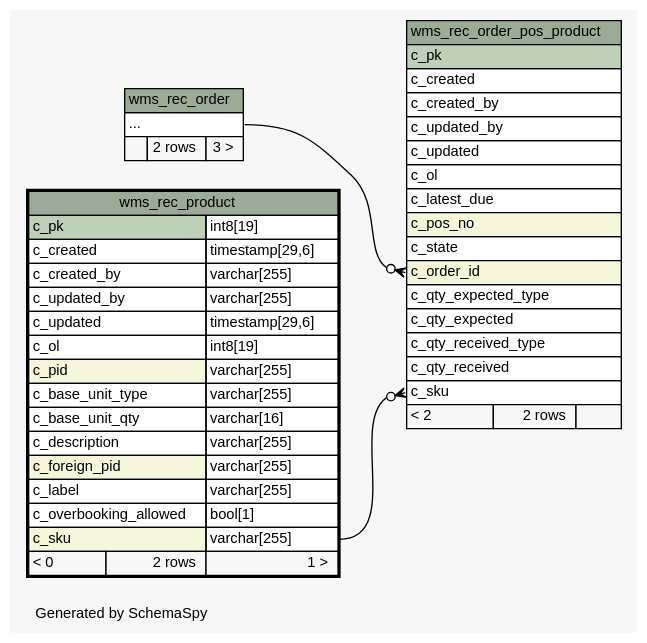
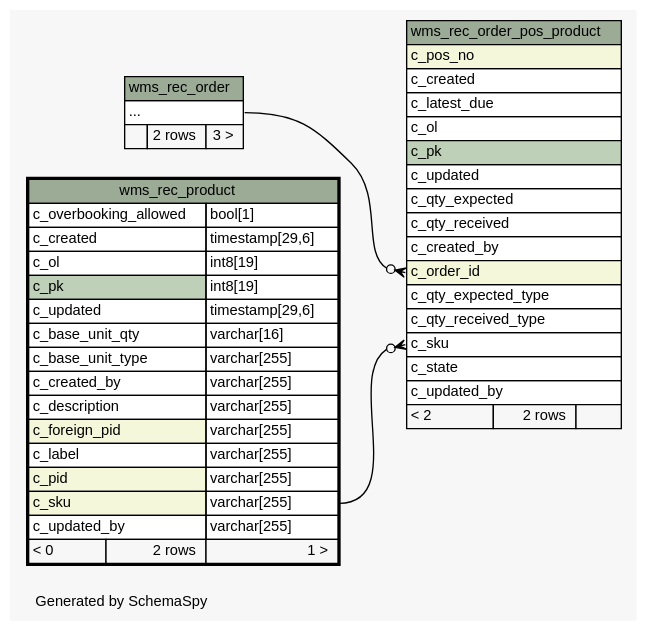
One commit to openwms/org.openwms.wms.receiving.lib changed the diagram in 1.0.0-SNAPSHOT/schemaspy/diagrams/wms_rec_product.2degrees.dot. Above: the diagram before and after it, drawn with Graphviz. The commit also changed 508 other files, not shown here.

```diff
--- a/1.0.0-SNAPSHOT/schemaspy/diagrams/wms_rec_product.2degrees.dot
+++ b/1.0.0-SNAPSHOT/schemaspy/diagrams/wms_rec_product.2degrees.dot
@@ -1,81 +1,81 @@
-// dot 2.43.0 on Linux 6.2.0-1016-azure
+// dot 2.43.0 on Linux 6.5.0-1022-azure
 // SchemaSpy rev Unknown
 digraph "twoDegreesRelationshipsDiagram" {
   graph [
     rankdir="RL"
     bgcolor="#f7f7f7"
     label="\nGenerated by SchemaSpy"
     labeljust="l"
     nodesep="0.18"
     ranksep="0.46"
     fontname="Helvetica"
     fontsize="11"
   ];
   node [
     fontname="Helvetica"
     fontsize="11"
     shape="plaintext"
   ];
   edge [
     arrowsize="0.8"
   ];
   "wms_rec_order_pos_product":"c_order_id":w -> "wms_rec_order":"elipses":e [arrowhead=none dir=back arrowtail=crowodot];
   "wms_rec_order_pos_product":"c_sku":w -> "wms_rec_product":"c_sku.type":e [arrowhead=none dir=back arrowtail=crowodot];
   "wms_rec_order" [
     label=<
     <TABLE BORDER="0" CELLBORDER="1" CELLSPACING="0" BGCOLOR="#ffffff">
       <TR><TD COLSPAN="3" BGCOLOR="#9bab96" ALIGN="CENTER">wms_rec_order</TD></TR>
       <TR><TD PORT="elipses" COLSPAN="3" ALIGN="LEFT">...</TD></TR>
       <TR><TD ALIGN="LEFT" BGCOLOR="#f7f7f7">  </TD><TD ALIGN="RIGHT" BGCOLOR="#f7f7f7">2 rows</TD><TD ALIGN="RIGHT" BGCOLOR="#f7f7f7">3 &gt;</TD></TR>
     </TABLE>>
     URL="wms_rec_order.html"
     tooltip="wms_rec_order"
   ];
   "wms_rec_order_pos_product" [
     label=<
     <TABLE BORDER="0" CELLBORDER="1" CELLSPACING="0" BGCOLOR="#ffffff">
       <TR><TD COLSPAN="3" BGCOLOR="#9bab96" ALIGN="CENTER">wms_rec_order_pos_product</TD></TR>
+      <TR><TD PORT="c_pos_no" COLSPAN="3" BGCOLOR="#f4f7da" ALIGN="LEFT">c_pos_no</TD></TR>
+      <TR><TD PORT="c_created" COLSPAN="3" ALIGN="LEFT">c_created</TD></TR>
+      <TR><TD PORT="c_latest_due" COLSPAN="3" ALIGN="LEFT">c_latest_due</TD></TR>
+      <TR><TD PORT="c_ol" COLSPAN="3" ALIGN="LEFT">c_ol</TD></TR>
       <TR><TD PORT="c_pk" COLSPAN="3" BGCOLOR="#bed1b8" ALIGN="LEFT">c_pk</TD></TR>
-      <TR><TD PORT="c_created" COLSPAN="3" ALIGN="LEFT">c_created</TD></TR>
+      <TR><TD PORT="c_updated" COLSPAN="3" ALIGN="LEFT">c_updated</TD></TR>
+      <TR><TD PORT="c_qty_expected" COLSPAN="3" ALIGN="LEFT">c_qty_expected</TD></TR>
+      <TR><TD PORT="c_qty_received" COLSPAN="3" ALIGN="LEFT">c_qty_received</TD></TR>
       <TR><TD PORT="c_created_by" COLSPAN="3" ALIGN="LEFT">c_created_by</TD></TR>
-      <TR><TD PORT="c_updated_by" COLSPAN="3" ALIGN="LEFT">c_updated_by</TD></TR>
-      <TR><TD PORT="c_updated" COLSPAN="3" ALIGN="LEFT">c_updated</TD></TR>
-      <TR><TD PORT="c_ol" COLSPAN="3" ALIGN="LEFT">c_ol</TD></TR>
-      <TR><TD PORT="c_latest_due" COLSPAN="3" ALIGN="LEFT">c_latest_due</TD></TR>
-      <TR><TD PORT="c_pos_no" COLSPAN="3" BGCOLOR="#f4f7da" ALIGN="LEFT">c_pos_no</TD></TR>
-      <TR><TD PORT="c_state" COLSPAN="3" ALIGN="LEFT">c_state</TD></TR>
       <TR><TD PORT="c_order_id" COLSPAN="3" BGCOLOR="#f4f7da" ALIGN="LEFT">c_order_id</TD></TR>
       <TR><TD PORT="c_qty_expected_type" COLSPAN="3" ALIGN="LEFT">c_qty_expected_type</TD></TR>
-      <TR><TD PORT="c_qty_expected" COLSPAN="3" ALIGN="LEFT">c_qty_expected</TD></TR>
       <TR><TD PORT="c_qty_received_type" COLSPAN="3" ALIGN="LEFT">c_qty_received_type</TD></TR>
-      <TR><TD PORT="c_qty_received" COLSPAN="3" ALIGN="LEFT">c_qty_received</TD></TR>
       <TR><TD PORT="c_sku" COLSPAN="3" ALIGN="LEFT">c_sku</TD></TR>
+      <TR><TD PORT="c_state" COLSPAN="3" ALIGN="LEFT">c_state</TD></TR>
+      <TR><TD PORT="c_updated_by" COLSPAN="3" ALIGN="LEFT">c_updated_by</TD></TR>
       <TR><TD ALIGN="LEFT" BGCOLOR="#f7f7f7">&lt; 2</TD><TD ALIGN="RIGHT" BGCOLOR="#f7f7f7">2 rows</TD><TD ALIGN="RIGHT" BGCOLOR="#f7f7f7">  </TD></TR>
     </TABLE>>
     URL="wms_rec_order_pos_product.html"
     tooltip="wms_rec_order_pos_product"
   ];
   "wms_rec_product" [
     label=<
     <TABLE BORDER="2" CELLBORDER="1" CELLSPACING="0" BGCOLOR="#ffffff">
       <TR><TD COLSPAN="3" BGCOLOR="#9bab96" ALIGN="CENTER">wms_rec_product</TD></TR>
+      <TR><TD PORT="c_overbooking_allowed" COLSPAN="2" ALIGN="LEFT">c_overbooking_allowed</TD><TD PORT="c_overbooking_allowed.type" ALIGN="LEFT">bool[1]</TD></TR>
+      <TR><TD PORT="c_created" COLSPAN="2" ALIGN="LEFT">c_created</TD><TD PORT="c_created.type" ALIGN="LEFT">timestamp[29,6]</TD></TR>
+      <TR><TD PORT="c_ol" COLSPAN="2" ALIGN="LEFT">c_ol</TD><TD PORT="c_ol.type" ALIGN="LEFT">int8[19]</TD></TR>
       <TR><TD PORT="c_pk" COLSPAN="2" BGCOLOR="#bed1b8" ALIGN="LEFT">c_pk</TD><TD PORT="c_pk.type" ALIGN="LEFT">int8[19]</TD></TR>
-      <TR><TD PORT="c_created" COLSPAN="2" ALIGN="LEFT">c_created</TD><TD PORT="c_created.type" ALIGN="LEFT">timestamp[29,6]</TD></TR>
+      <TR><TD PORT="c_updated" COLSPAN="2" ALIGN="LEFT">c_updated</TD><TD PORT="c_updated.type" ALIGN="LEFT">timestamp[29,6]</TD></TR>
+      <TR><TD PORT="c_base_unit_qty" COLSPAN="2" ALIGN="LEFT">c_base_unit_qty</TD><TD PORT="c_base_unit_qty.type" ALIGN="LEFT">varchar[16]</TD></TR>
+      <TR><TD PORT="c_base_unit_type" COLSPAN="2" ALIGN="LEFT">c_base_unit_type</TD><TD PORT="c_base_unit_type.type" ALIGN="LEFT">varchar[255]</TD></TR>
       <TR><TD PORT="c_created_by" COLSPAN="2" ALIGN="LEFT">c_created_by</TD><TD PORT="c_created_by.type" ALIGN="LEFT">varchar[255]</TD></TR>
-      <TR><TD PORT="c_updated_by" COLSPAN="2" ALIGN="LEFT">c_updated_by</TD><TD PORT="c_updated_by.type" ALIGN="LEFT">varchar[255]</TD></TR>
-      <TR><TD PORT="c_updated" COLSPAN="2" ALIGN="LEFT">c_updated</TD><TD PORT="c_updated.type" ALIGN="LEFT">timestamp[29,6]</TD></TR>
-      <TR><TD PORT="c_ol" COLSPAN="2" ALIGN="LEFT">c_ol</TD><TD PORT="c_ol.type" ALIGN="LEFT">int8[19]</TD></TR>
-      <TR><TD PORT="c_pid" COLSPAN="2" BGCOLOR="#f4f7da" ALIGN="LEFT">c_pid</TD><TD PORT="c_pid.type" ALIGN="LEFT">varchar[255]</TD></TR>
-      <TR><TD PORT="c_base_unit_type" COLSPAN="2" ALIGN="LEFT">c_base_unit_type</TD><TD PORT="c_base_unit_type.type" ALIGN="LEFT">varchar[255]</TD></TR>
-      <TR><TD PORT="c_base_unit_qty" COLSPAN="2" ALIGN="LEFT">c_base_unit_qty</TD><TD PORT="c_base_unit_qty.type" ALIGN="LEFT">varchar[16]</TD></TR>
       <TR><TD PORT="c_description" COLSPAN="2" ALIGN="LEFT">c_description</TD><TD PORT="c_description.type" ALIGN="LEFT">varchar[255]</TD></TR>
       <TR><TD PORT="c_foreign_pid" COLSPAN="2" BGCOLOR="#f4f7da" ALIGN="LEFT">c_foreign_pid</TD><TD PORT="c_foreign_pid.type" ALIGN="LEFT">varchar[255]</TD></TR>
       <TR><TD PORT="c_label" COLSPAN="2" ALIGN="LEFT">c_label</TD><TD PORT="c_label.type" ALIGN="LEFT">varchar[255]</TD></TR>
-      <TR><TD PORT="c_overbooking_allowed" COLSPAN="2" ALIGN="LEFT">c_overbooking_allowed</TD><TD PORT="c_overbooking_allowed.type" ALIGN="LEFT">bool[1]</TD></TR>
+      <TR><TD PORT="c_pid" COLSPAN="2" BGCOLOR="#f4f7da" ALIGN="LEFT">c_pid</TD><TD PORT="c_pid.type" ALIGN="LEFT">varchar[255]</TD></TR>
       <TR><TD PORT="c_sku" COLSPAN="2" BGCOLOR="#f4f7da" ALIGN="LEFT">c_sku</TD><TD PORT="c_sku.type" ALIGN="LEFT">varchar[255]</TD></TR>
+      <TR><TD PORT="c_updated_by" COLSPAN="2" ALIGN="LEFT">c_updated_by</TD><TD PORT="c_updated_by.type" ALIGN="LEFT">varchar[255]</TD></TR>
       <TR><TD ALIGN="LEFT" BGCOLOR="#f7f7f7">&lt; 0</TD><TD ALIGN="RIGHT" BGCOLOR="#f7f7f7">2 rows</TD><TD ALIGN="RIGHT" BGCOLOR="#f7f7f7">1 &gt;</TD></TR>
     </TABLE>>
     URL="wms_rec_product.html"
     tooltip="wms_rec_product"
   ];
 }
```
